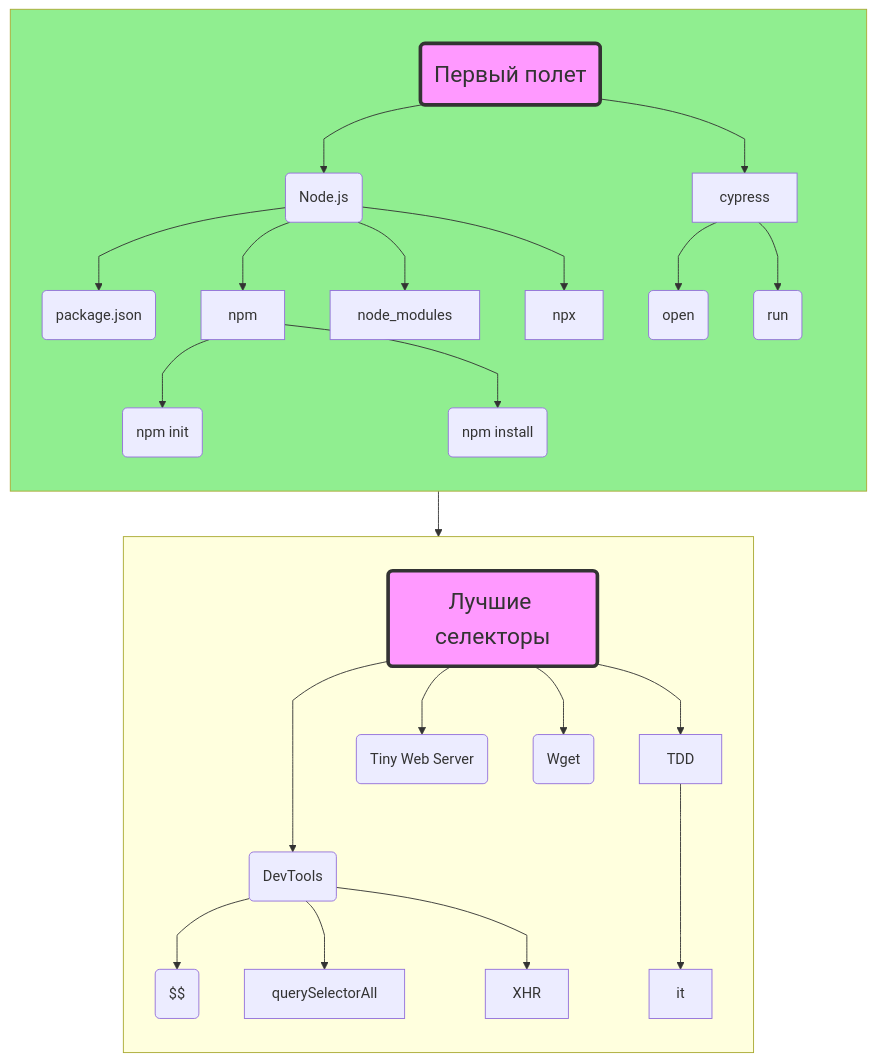
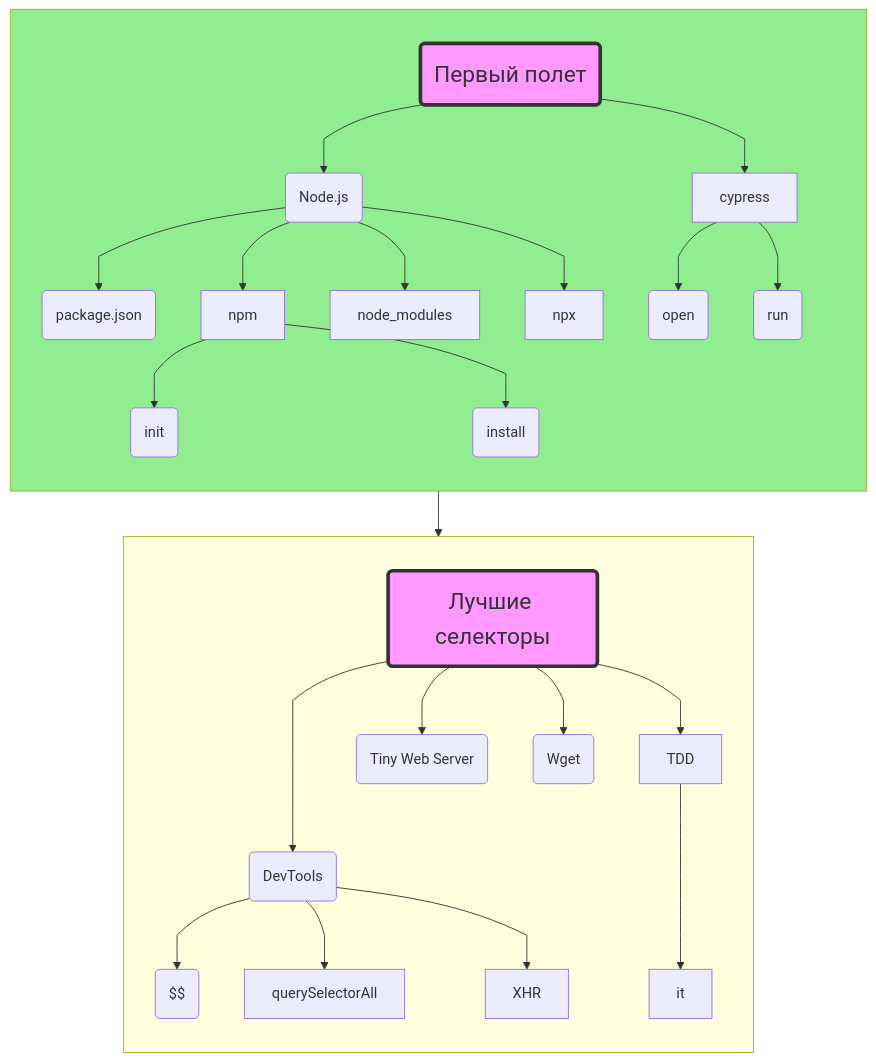
Before and after one commit to open-tutorials/cypress: the diagram in README.md, drawn with Mermaid. The commit also changed other lines of this file and 1 other file, not shown here.

Commit message:
Update test flight

````diff
--- a/README.md
+++ b/README.md
@@ -43,37 +45,37 @@
 ```mermaid
 %%{ init: { 'flowchart': { 'curve': 'monotoneX' } } }%%
 flowchart TB
   subgraph g_cypress_test_flight [ ]
     direction TB
     node_js(Node.js) --> package_json(package.json)
     node_js --> npm
-    npm --> npm_init(npm init)
-    npm --> npm_install(npm install)
+    npm --> npm_init(init)
+    npm --> npm_install(install)
     node_js --> node_modules
     node_js --> npx
     cypress --> cypress_open(open)
     cypress --> cypress_run(run)
     cypress_test_flight(<span style='font-size:25px'>Первый полет</span>)
     cypress_test_flight --> node_js
     cypress_test_flight --> cypress
   end
   subgraph g_best_selectors [ ]
       direction TB
       dev_tools(DevTools) --> $$($$)
       dev_tools --> querySelectorAll
       dev_tools --> XHR
       TDD ---> it
       best_selectors(<span style='font-size:25px'>Лучшие селекторы</span>) ---> dev_tools
       best_selectors --> tiny_web_server(Tiny Web Server)
       best_selectors --> wget(Wget)
       best_selectors --> TDD
   end
   g_cypress_test_flight --> g_best_selectors
 
 style g_cypress_test_flight fill:lightgreen
   
 style cypress_test_flight fill:#f9f,stroke:#333,stroke-width:4px
 style best_selectors fill:#f9f,stroke:#333,stroke-width:4px
 click cypress_test_flight "https://md.epic1h.com/cypress_test_flight"
 click best_selectors "https://md.epic1h.com/best_selectors"
 ```
````
